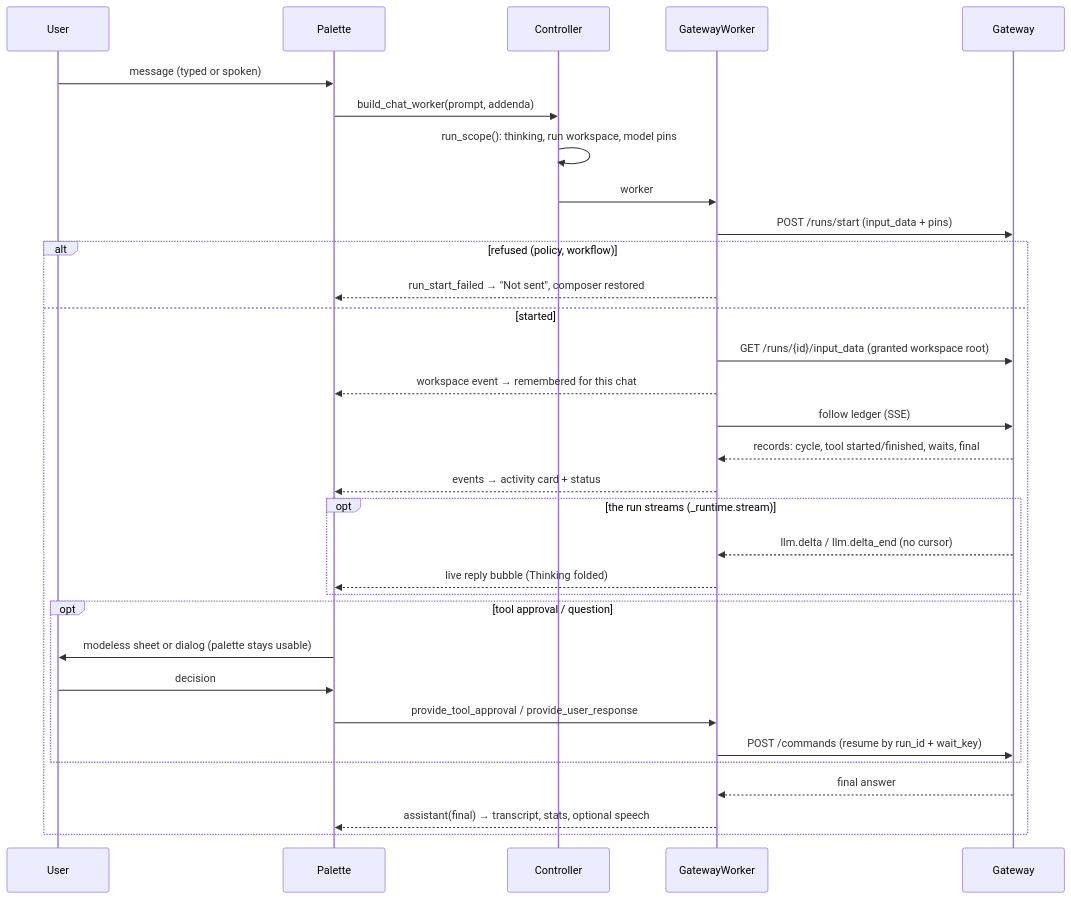
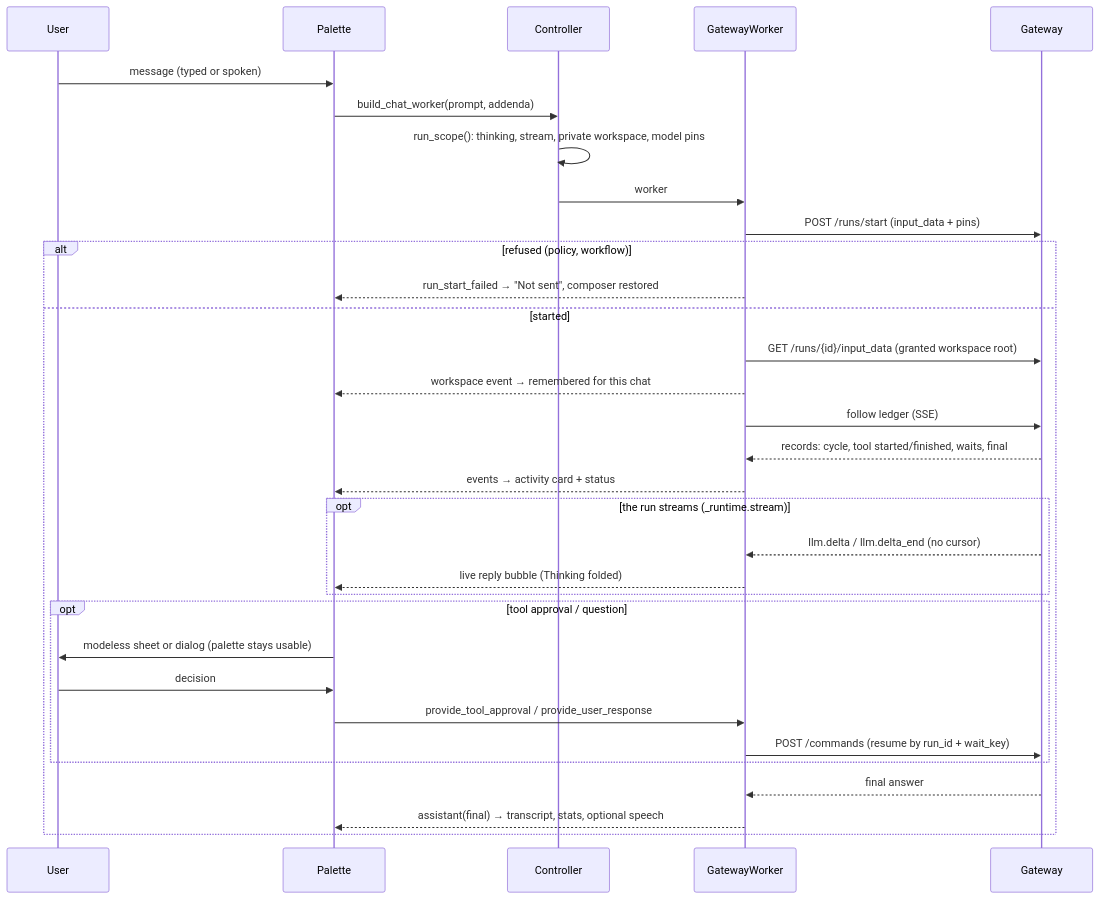
The third of 4 diagrams in docs/architecture.md (lpalbou/AbstractAssistant), drawn with Mermaid before and after one commit. The commit also changed 12 other files, not shown here.

````diff
--- a/docs/architecture.md
+++ b/docs/architecture.md
@@ -215,34 +215,34 @@
 ```mermaid
 sequenceDiagram
   participant U as User
   participant P as Palette
   participant C as Controller
   participant W as GatewayWorker
   participant G as Gateway
   U->>P: message (typed or spoken)
   P->>C: build_chat_worker(prompt, addenda)
-  C->>C: run_scope(): thinking, run workspace, model pins
+  C->>C: run_scope(): thinking, stream, private workspace, model pins
   C->>W: worker
   W->>G: POST /runs/start (input_data + pins)
   alt refused (policy, workflow)
     W-->>P: run_start_failed → "Not sent", composer restored
   else started
     W->>G: GET /runs/{id}/input_data (granted workspace root)
     W-->>P: workspace event → remembered for this chat
     W->>G: follow ledger (SSE)
     G-->>W: records: cycle, tool started/finished, waits, final
     W-->>P: events → activity card + status
     opt the run streams (_runtime.stream)
       G-->>W: llm.delta / llm.delta_end (no cursor)
       W-->>P: live reply bubble (Thinking folded)
     end
     opt tool approval / question
       P->>U: modeless sheet or dialog (palette stays usable)
       U->>P: decision
       P->>W: provide_tool_approval / provide_user_response
       W->>G: POST /commands (resume by run_id + wait_key)
     end
     G-->>W: final answer
     W-->>P: assistant(final) → transcript, stats, optional speech
   end
 ```
````
